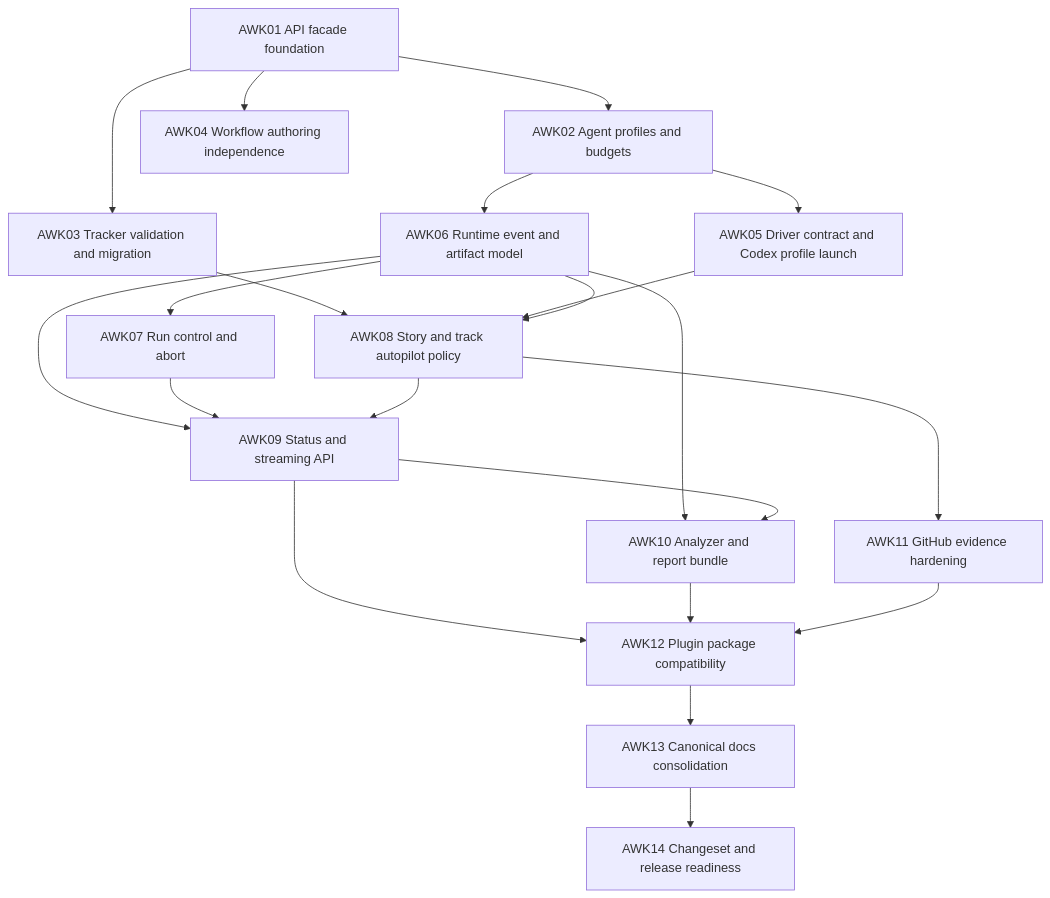
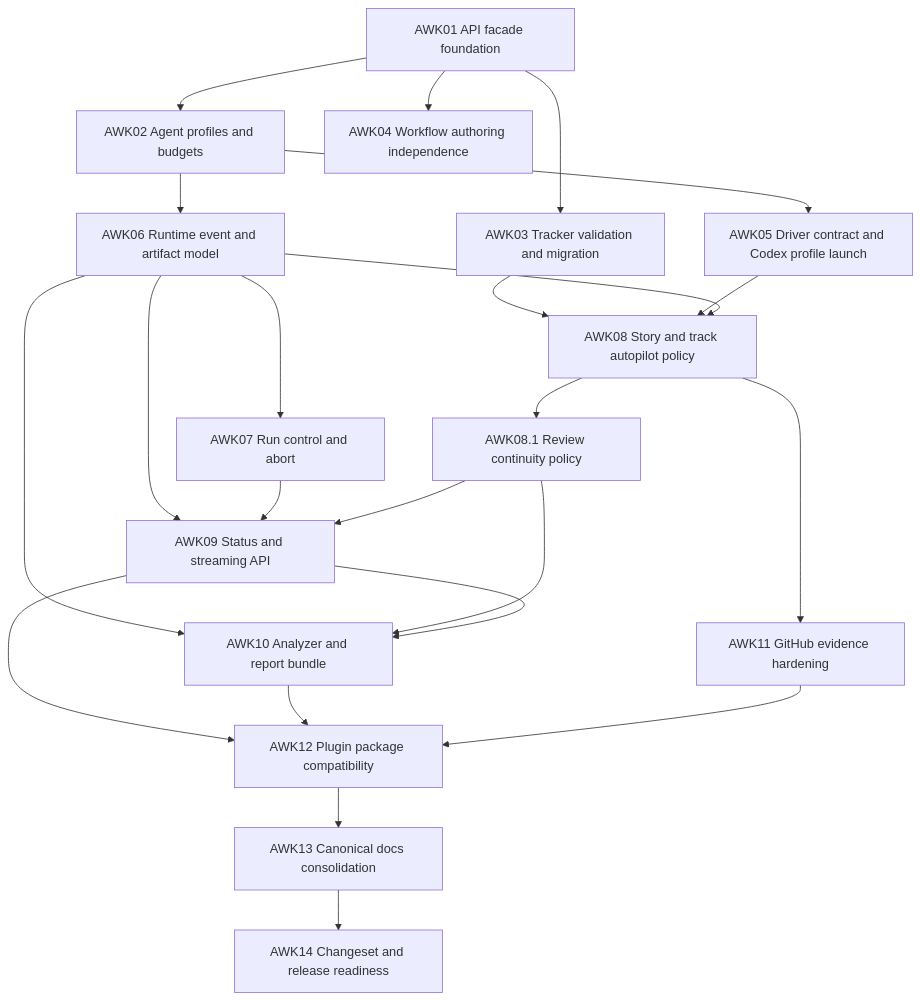
One commit to aryeko/agentic-workflow-kit changed the diagram in docs/tracks/agentic-workflow-kit-redesign/README.md. Above: the diagram before and after it, drawn with Mermaid. The commit also changed other lines of this file and 7 other files, not shown here.

Commit message:
docs(AWK081): add review continuity policy (#64)

````diff
--- a/docs/tracks/agentic-workflow-kit-redesign/README.md
+++ b/docs/tracks/agentic-workflow-kit-redesign/README.md
@@ -39,38 +39,41 @@
 ```mermaid
 flowchart TD
   AWK01[AWK01 API facade foundation]
   AWK02[AWK02 Agent profiles and budgets]
   AWK03[AWK03 Tracker validation and migration]
   AWK04[AWK04 Workflow authoring independence]
   AWK05[AWK05 Driver contract and Codex profile launch]
   AWK06[AWK06 Runtime event and artifact model]
   AWK07[AWK07 Run control and abort]
   AWK08[AWK08 Story and track autopilot policy]
+  AWK081[AWK08.1 Review continuity policy]
   AWK09[AWK09 Status and streaming API]
   AWK10[AWK10 Analyzer and report bundle]
   AWK11[AWK11 GitHub evidence hardening]
   AWK12[AWK12 Plugin package compatibility]
   AWK13[AWK13 Canonical docs consolidation]
   AWK14[AWK14 Changeset and release readiness]
 
   AWK01 --> AWK02
   AWK01 --> AWK03
   AWK01 --> AWK04
   AWK02 --> AWK05
   AWK02 --> AWK06
   AWK03 --> AWK08
   AWK05 --> AWK08
   AWK06 --> AWK07
   AWK06 --> AWK08
   AWK06 --> AWK09
   AWK06 --> AWK10
   AWK07 --> AWK09
-  AWK08 --> AWK09
+  AWK08 --> AWK081
+  AWK081 --> AWK09
+  AWK081 --> AWK10
   AWK08 --> AWK11
   AWK09 --> AWK10
   AWK09 --> AWK12
   AWK10 --> AWK12
   AWK11 --> AWK12
   AWK12 --> AWK13
   AWK13 --> AWK14
 ```
````
